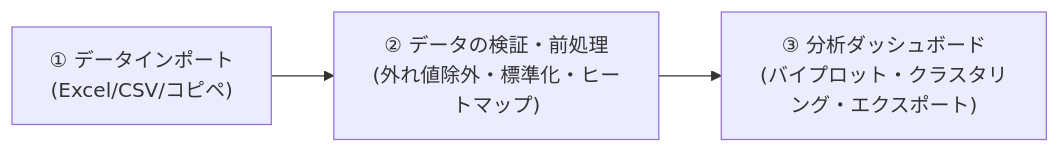
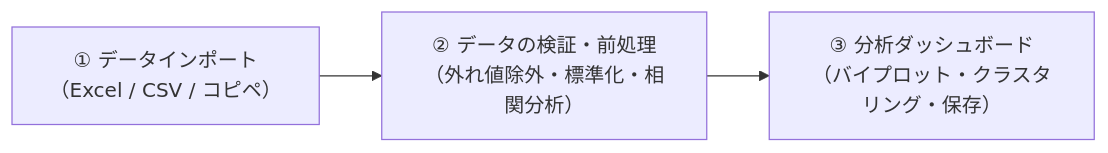
The diagram in README.md (satoshi-ohwada/pca-test), drawn with Mermaid before and after one commit. The commit also changed other lines of this file, not shown here.

````diff
--- a/README.md
+++ b/README.md
@@ -66,5 +66,5 @@
 ```mermaid
-flowchart LR
-    A["① データインポート<br>(Excel/CSV/コピペ)"] --> B["② データの検証・前処理<br>(外れ値除外・標準化・ヒートマップ)"]
-    B --> C["③ 分析ダッシュボード<br>(バイプロット・クラスタリング・エクスポート)"]
+graph LR
+    A["① データインポート<br/>（Excel / CSV / コピペ）"] --> B["② データの検証・前処理<br/>（外れ値除外・標準化・相関分析）"]
+    B --> C["③ 分析ダッシュボード<br/>（バイプロット・クラスタリング・保存）"]
 ```
````
